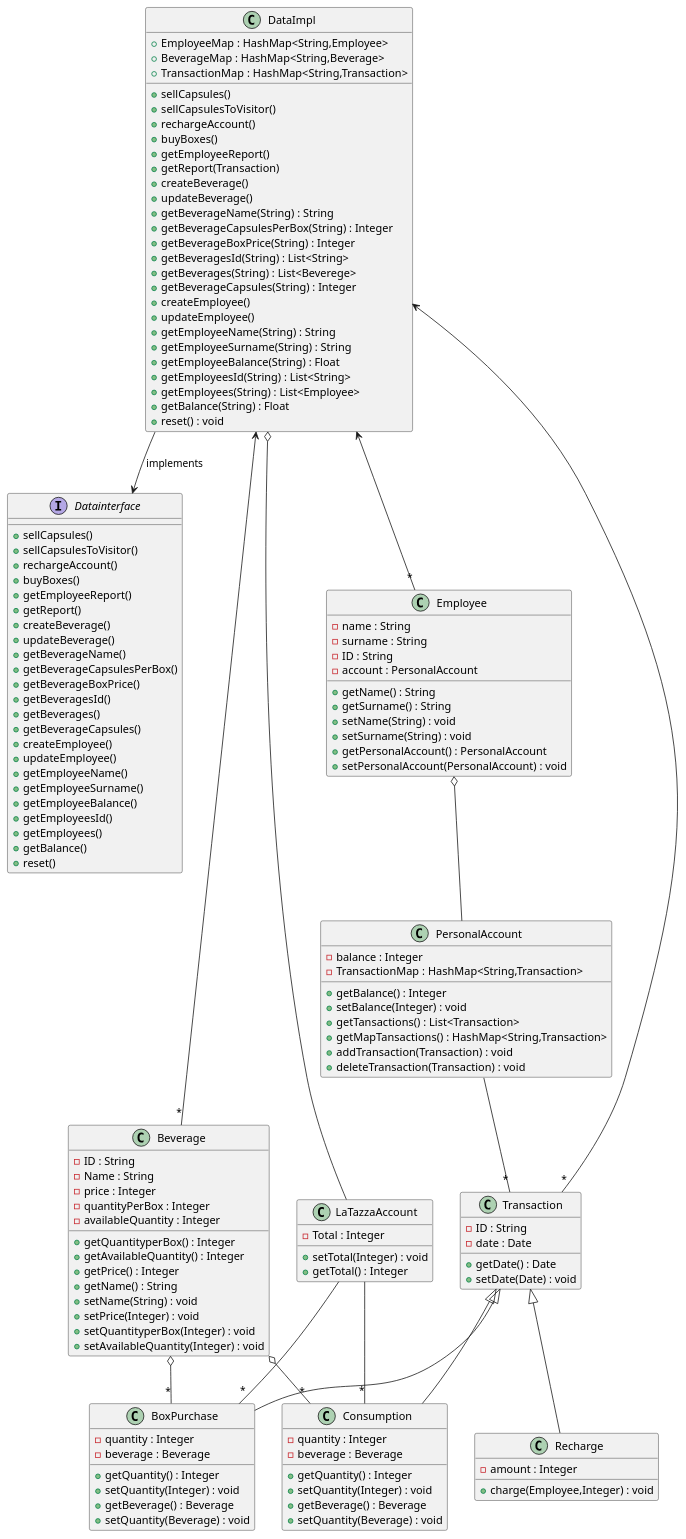
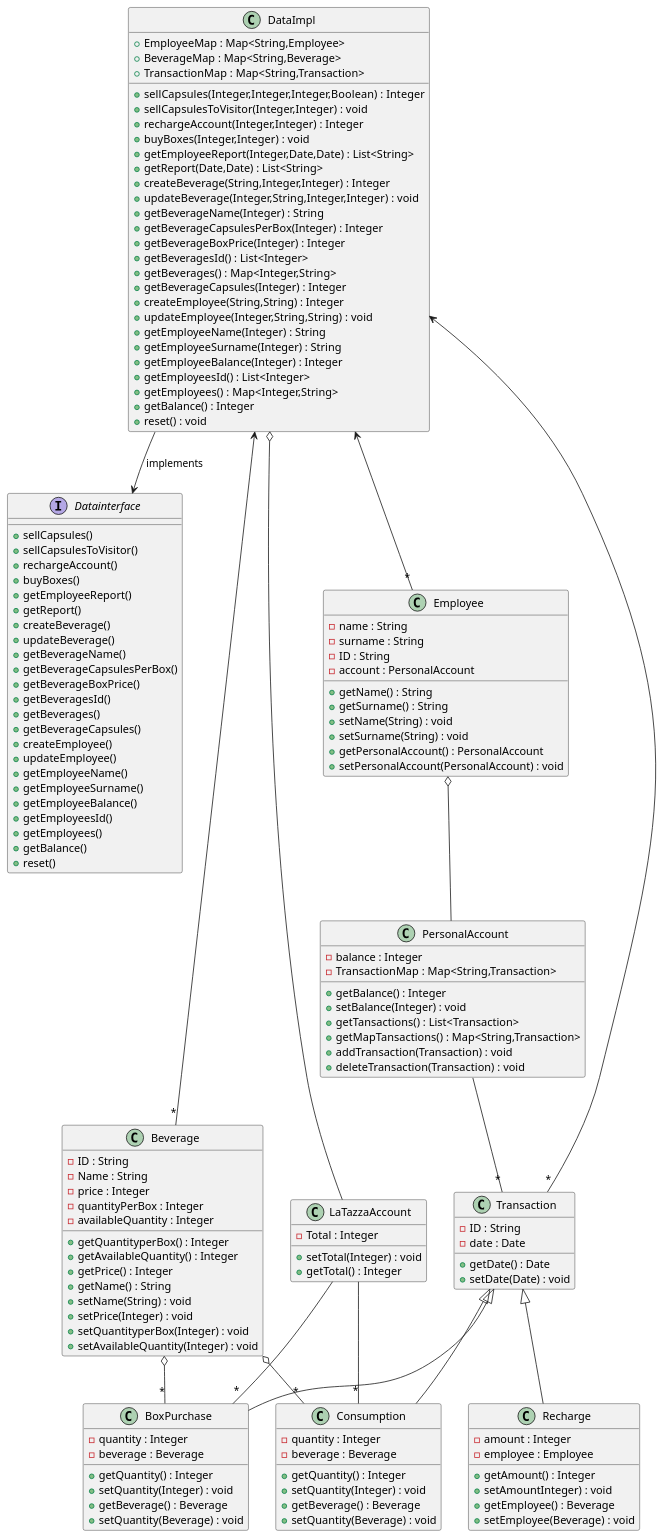
The third of 7 diagrams in templates/DesignDocumentTemplate.md (salvatore-dimartino/LaTazza), drawn with PlantUML before and after one commit.

```diff
--- a/templates/DesignDocumentTemplate.md
+++ b/templates/DesignDocumentTemplate.md
@@ -103,32 +103,32 @@
 
 class DataImpl {
 
-    +EmployeeMap : HashMap<String,Employee>
-    +BeverageMap : HashMap<String,Beverage>
-    +TransactionMap : HashMap<String,Transaction>
+    +EmployeeMap : Map<String,Employee>
+    +BeverageMap : Map<String,Beverage>
+    +TransactionMap : Map<String,Transaction>
     
-    +sellCapsules()
-    +sellCapsulesToVisitor()
-    +rechargeAccount()
-    +buyBoxes()
-    +getEmployeeReport()
-    +getReport(Transaction)
-    +createBeverage()
-    +updateBeverage() 
-    +getBeverageName(String) : String 
-    +getBeverageCapsulesPerBox(String) : Integer
-    +getBeverageBoxPrice(String) : Integer
-    +getBeveragesId(String) : List<String>
-    +getBeverages(String) : List<Beverege>
-    +getBeverageCapsules(String) : Integer
-    +createEmployee() 
-    +updateEmployee()
-    +getEmployeeName(String) : String
-    +getEmployeeSurname(String) : String
-    +getEmployeeBalance(String) : Float
-    +getEmployeesId(String) : List<String>
-    +getEmployees(String) : List<Employee>
-    +getBalance(String) : Float
+    +sellCapsules(Integer,Integer,Integer,Boolean) : Integer
+    +sellCapsulesToVisitor(Integer,Integer) : void
+    +rechargeAccount(Integer,Integer) : Integer
+    +buyBoxes(Integer,Integer) : void
+    +getEmployeeReport(Integer,Date,Date) : List<String>
+    +getReport(Date,Date) : List<String>
+    +createBeverage(String,Integer,Integer) : Integer
+    +updateBeverage(Integer,String,Integer,Integer) : void 
+    +getBeverageName(Integer) : String 
+    +getBeverageCapsulesPerBox(Integer) : Integer
+    +getBeverageBoxPrice(Integer) : Integer
+    +getBeveragesId() : List<Integer>
+    +getBeverages() : Map<Integer,String>
+    +getBeverageCapsules(Integer) : Integer
+    +createEmployee(String,String) : Integer 
+    +updateEmployee(Integer,String,String) : void
+    +getEmployeeName(Integer) : String
+    +getEmployeeSurname(Integer) : String
+    +getEmployeeBalance(Integer) : Integer
+    +getEmployeesId() : List<Integer>
+    +getEmployees() : Map<Integer,String>
+    +getBalance() : Integer
     +reset() : void
 }
 
@@ -136,12 +136,12 @@
 
 class PersonalAccount {
     -balance : Integer
-    -TransactionMap : HashMap<String,Transaction>
+    -TransactionMap : Map<String,Transaction>
     
     +getBalance() : Integer
     +setBalance(Integer) : void
     +getTansactions() : List<Transaction>
-    +getMapTansactions() : HashMap<String,Transaction>
+    +getMapTansactions() : Map<String,Transaction>
     +addTransaction(Transaction) : void
     +deleteTransaction(Transaction) : void
 }
@@ -223,8 +223,12 @@
 
 class Recharge {
     -amount : Integer
+    -employee : Employee
 
-    +charge(Employee,Integer) : void
+    +getAmount() : Integer
+    +setAmountInteger) : void
+    +getEmployee() : Beverage
+    +setEmployee(Beverage) : void
 }
 
 class Consumption {
```
